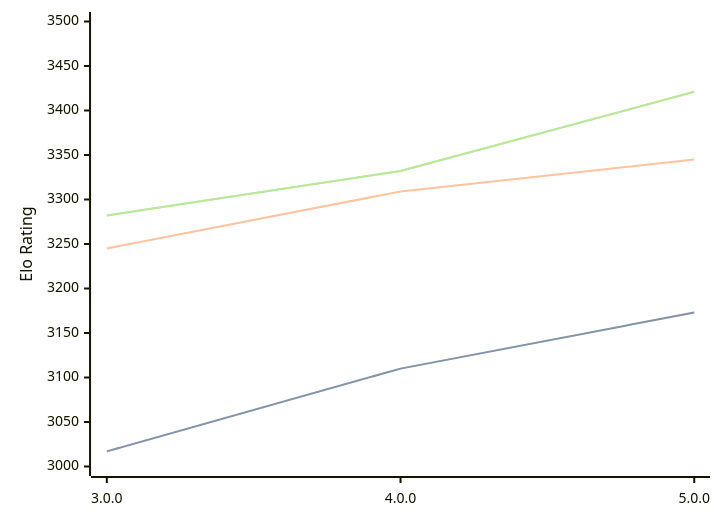
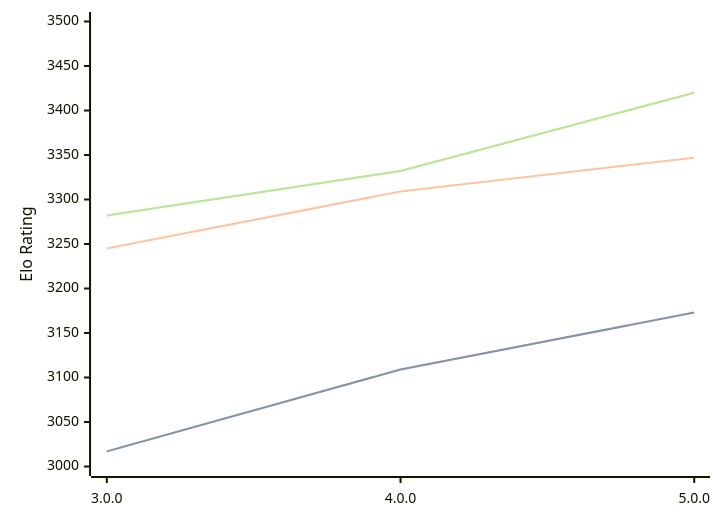
Before and after one commit to computer-chess-index/cci: the diagram in engines/Minke.md, drawn with Mermaid. The commit also changed other lines of this file, not shown here.

Commit message:
Update CCI Ratings (ELO VLTC) - 2026-03-17

````diff
--- a/engines/Minke.md
+++ b/engines/Minke.md
@@ -33,11 +33,11 @@
 ```mermaid
 %%{init: {"theme":"base","themeVariables":{"seriesColors:['#a3a3a3','#222221','#faa371']}}}%%
 xychart-beta
   x-axis ["3.0.0", "4.0.0", "5.0.0"]
   y-axis "Elo Rating" 3000 --> 3500
-  line "STC (8.0+0.08s)" [3017, 3110, 3173]
-  line "STC (8.0+0.08s)" [3017, 3110, 3173]
-  line "LTC (60.0+0.60s)" [3245, 3309, 3345]
-  line "VLTC (2m24s+1.12s)" [3282, 3332, 3421]
-  line "VLTC (2m24s+1.12s)" [3282, 3332, 3421]
+  line "STC (8.0+0.08s)" [3017, 3109, 3173]
+  line "STC (8.0+0.08s)" [3017, 3109, 3173]
+  line "LTC (60.0+0.60s)" [3245, 3309, 3347]
+  line "VLTC (2m24s+1.12s)" [3282, 3332, 3420]
+  line "VLTC (2m24s+1.12s)" [3282, 3332, 3420]
 ```
````
